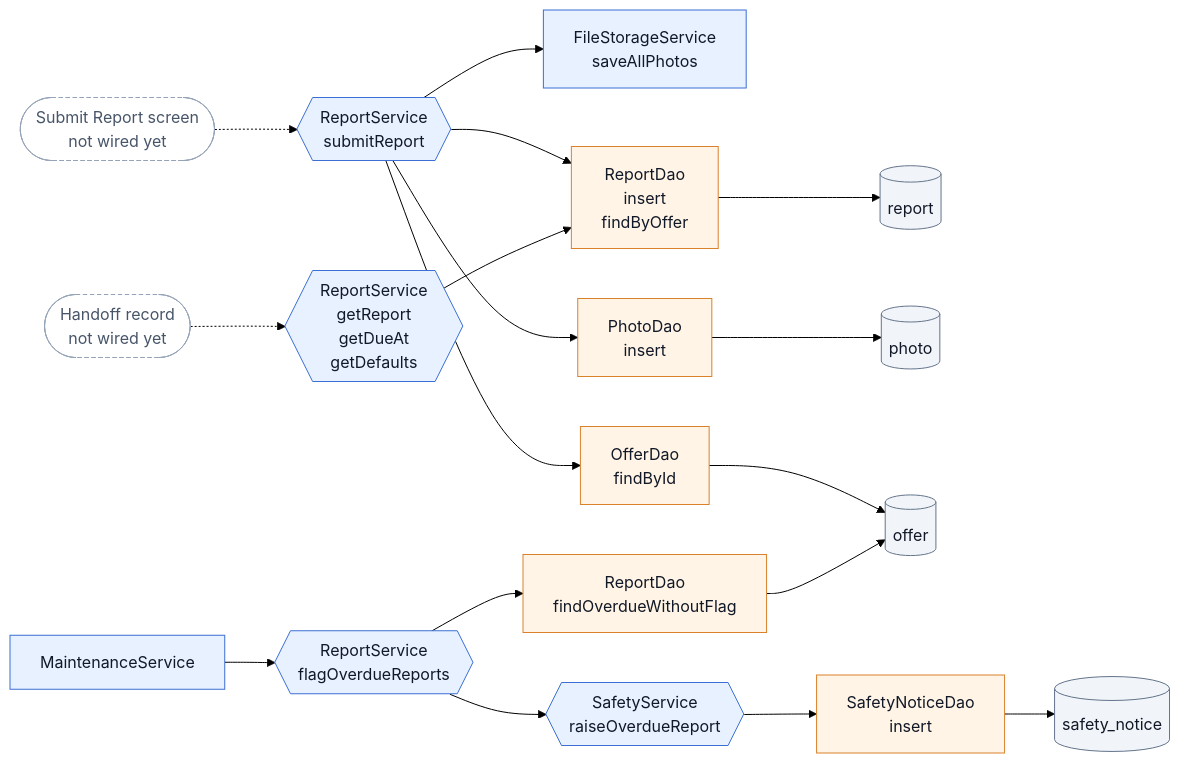
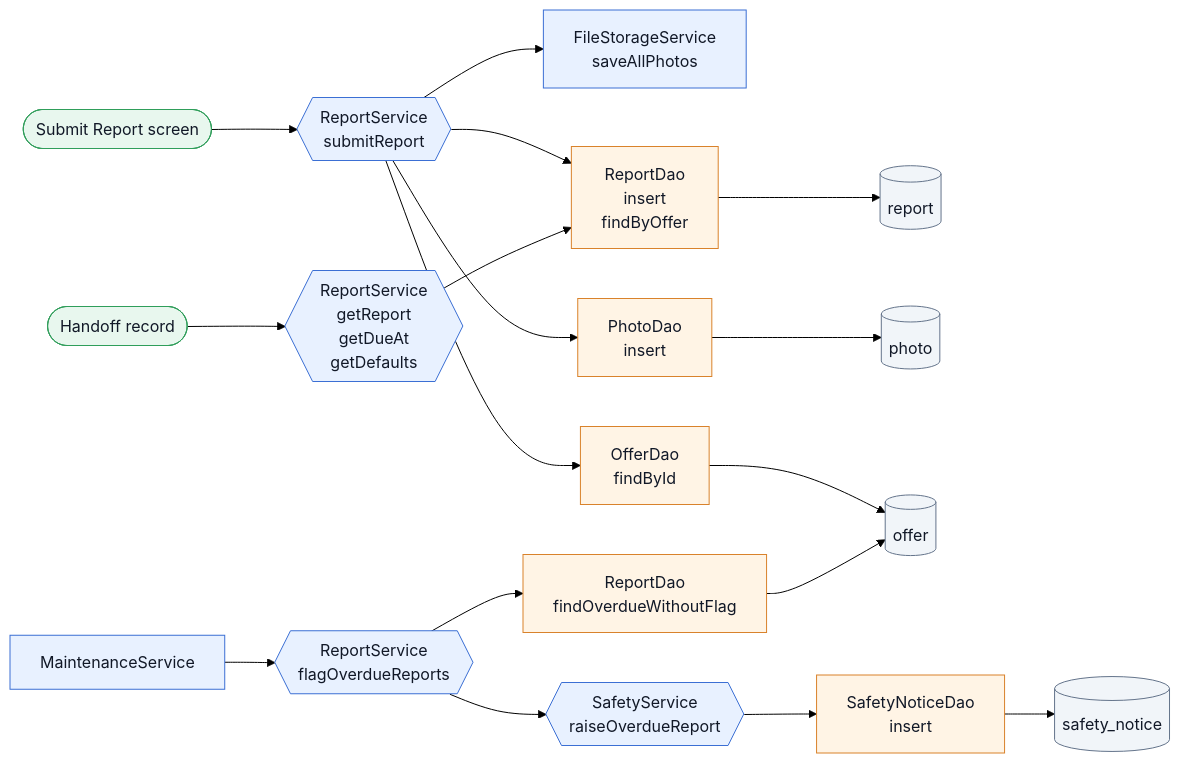
One commit to Az-Zav/ANIPLATO changed diagram 14 of 17 in docs/MAP.md. Above: the diagram before and after it, drawn with Mermaid (forest theme). The commit also changed other lines of this file and 50 other files, not shown here.

````diff
--- a/docs/MAP.md
+++ b/docs/MAP.md
@@ -902,16 +918,16 @@
 ```mermaid
 flowchart LR
   classDef svc fill:#e8f1ff,stroke:#3b6fd4,color:#111827
   classDef dao fill:#fff4e5,stroke:#d9822b,color:#111827
   classDef tbl fill:#f1f5f9,stroke:#64748b,color:#111827
-  classDef planned fill:#ffffff,stroke:#94a3b8,stroke-dasharray:4 3,color:#475569
-  SR([Submit Report screen<br/>not wired yet]):::planned -.-> RS{{ReportService<br/>submitReport}}:::svc
+  classDef screen fill:#e8f7ee,stroke:#2f9e5a,color:#111827
+  SR([Submit Report screen]):::screen --> RS{{ReportService<br/>submitReport}}:::svc
   RS --> FS[FileStorageService<br/>saveAllPhotos]:::svc
   RS --> RD[ReportDao<br/>insert<br/>findByOffer]:::dao --> TR[(report)]:::tbl
   RS --> PH[PhotoDao<br/>insert]:::dao --> TF[(photo)]:::tbl
   RS --> OD[OfferDao<br/>findById]:::dao --> TO[(offer)]:::tbl
-  HR([Handoff record<br/>not wired yet]):::planned -.-> GR{{ReportService<br/>getReport<br/>getDueAt<br/>getDefaults}}:::svc --> RD
+  HR([Handoff record]):::screen --> GR{{ReportService<br/>getReport<br/>getDueAt<br/>getDefaults}}:::svc --> RD
   MT[MaintenanceService]:::svc --> FO{{ReportService<br/>flagOverdueReports}}:::svc
   FO --> OV[ReportDao<br/>findOverdueWithoutFlag]:::dao --> TO
   FO --> SS{{SafetyService<br/>raiseOverdueReport}}:::svc --> SN[SafetyNoticeDao<br/>insert]:::dao --> TN[(safety_notice)]:::tbl
 ```
````
